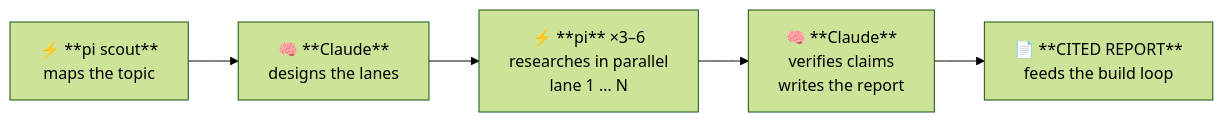
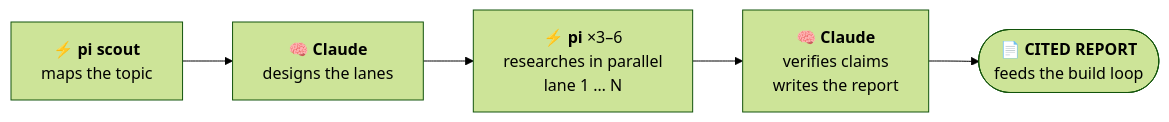
Before and after one commit to pcomans/architect-loop-pi: the second of 2 diagrams in README.md, drawn with Mermaid (forest theme). The commit also changed other lines of this file, not shown here.

Commit message:
README: fix Mermaid diagrams to use backtick markdown strings
Switch node labels from ["double-quoted\n"] to ["`backtick
markdown`"] format (Mermaid 10 markdown strings). Double-quoted labels
render ** as literal asterisks and \n is inconsistent across versions;
backtick strings support real newlines and proper bold rendering on GitHub.

````diff
--- a/README.md
+++ b/README.md
@@ -119,10 +126,17 @@
 ```mermaid
 flowchart LR
-    A["⚡ **pi scout**\nmaps the topic"]
-    B["🧠 **Claude**\ndesigns the lanes"]
-    C["⚡ **pi** ×3–6\nresearches in parallel\nlane 1 … N"]
-    D["🧠 **Claude**\nverifies claims\nwrites the report"]
-    E["📄 **CITED REPORT**\nfeeds the build loop"]
+    A["`⚡ **pi scout**
+    maps the topic`"]
+    B["`🧠 **Claude**
+    designs the lanes`"]
+    C["`⚡ **pi** ×3–6
+    researches in parallel
+    lane 1 … N`"]
+    D["`🧠 **Claude**
+    verifies claims
+    writes the report`"]
+    E(["`📄 **CITED REPORT**
+    feeds the build loop`"])
 
     A --> B --> C --> D --> E
 ```
````
